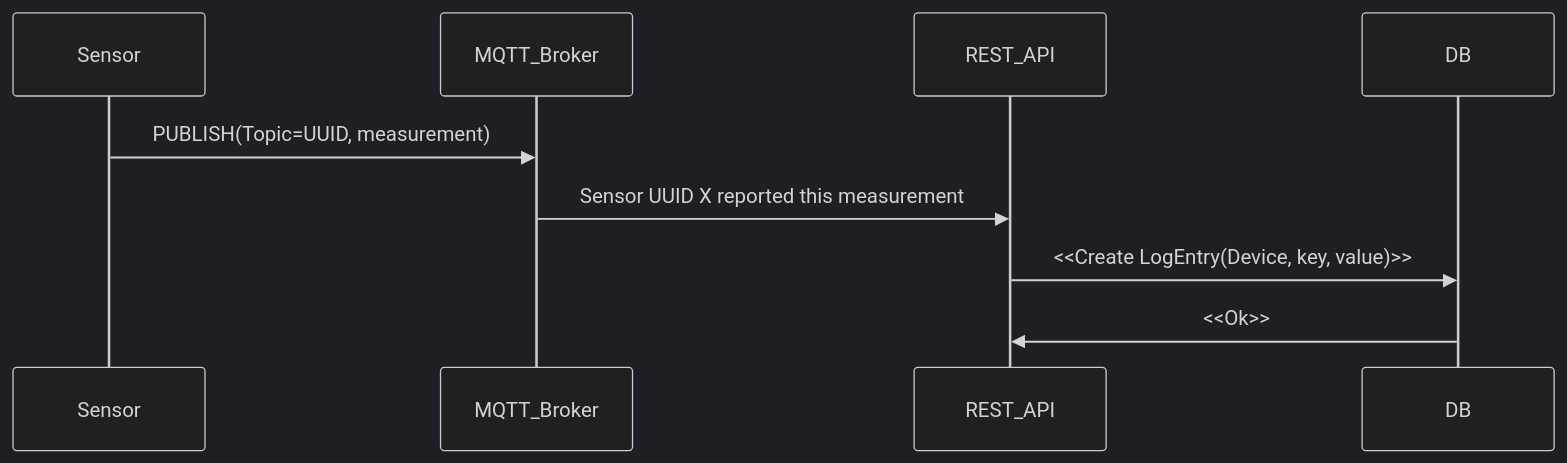
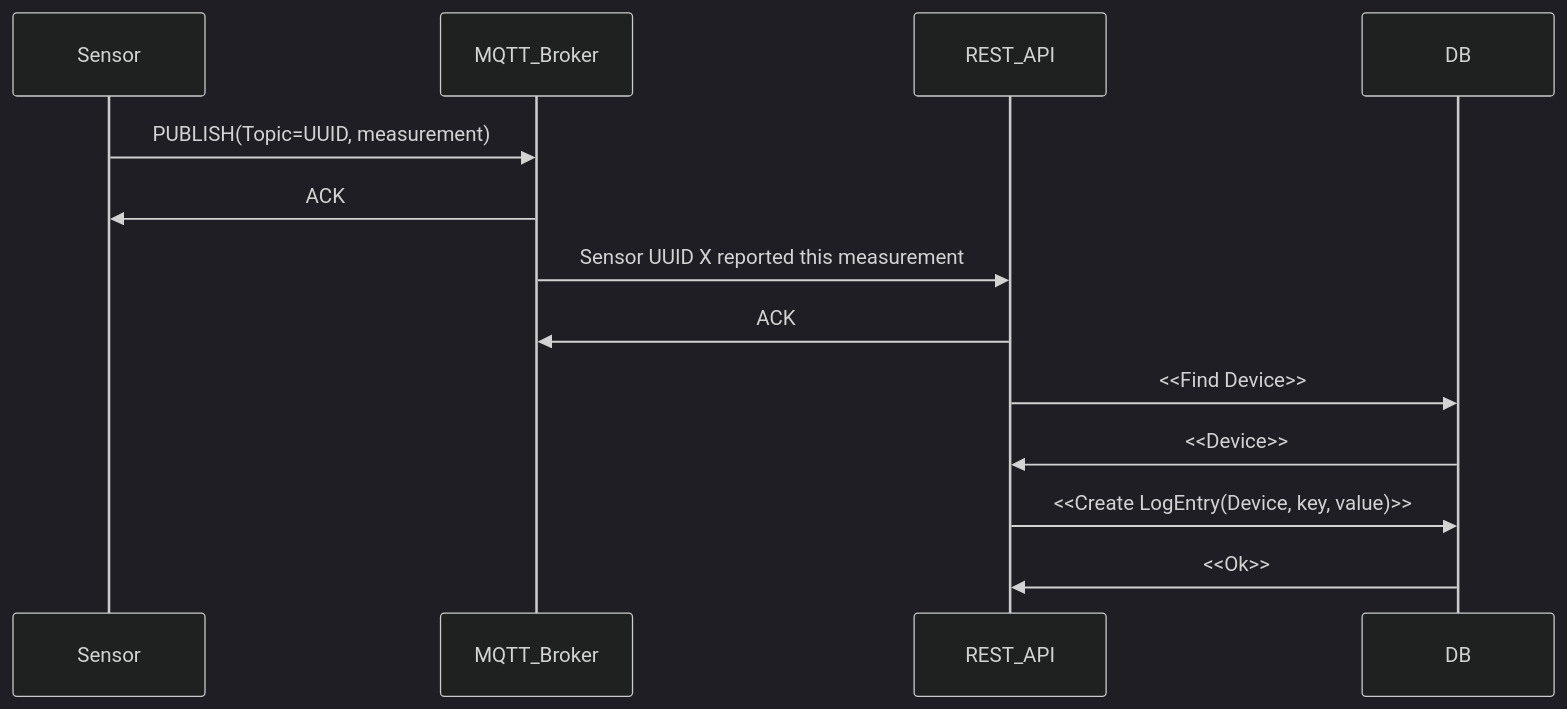
Before and after one commit to 0x6A4B/OTP1: the third of 5 diagrams in sequence.md, drawn with Mermaid (dark theme).

Commit message:
added ack for mqtt sequence uml

````diff
--- a/sequence.md
+++ b/sequence.md
@@ -28,8 +28,12 @@
 ```mermaid
 
 sequenceDiagram
     Sensor ->> MQTT_Broker: PUBLISH(Topic=UUID, measurement)
+    MQTT_Broker ->> Sensor: ACK
     MQTT_Broker ->> REST_API: Sensor UUID X reported this measurement
+    REST_API ->> MQTT_Broker: ACK
+    REST_API ->> DB: <<Find Device>>
+    DB ->> REST_API: <<Device>>
     REST_API ->> DB: <<Create LogEntry(Device, key, value)>>
     DB ->> REST_API: <<Ok>>
 ```
````
